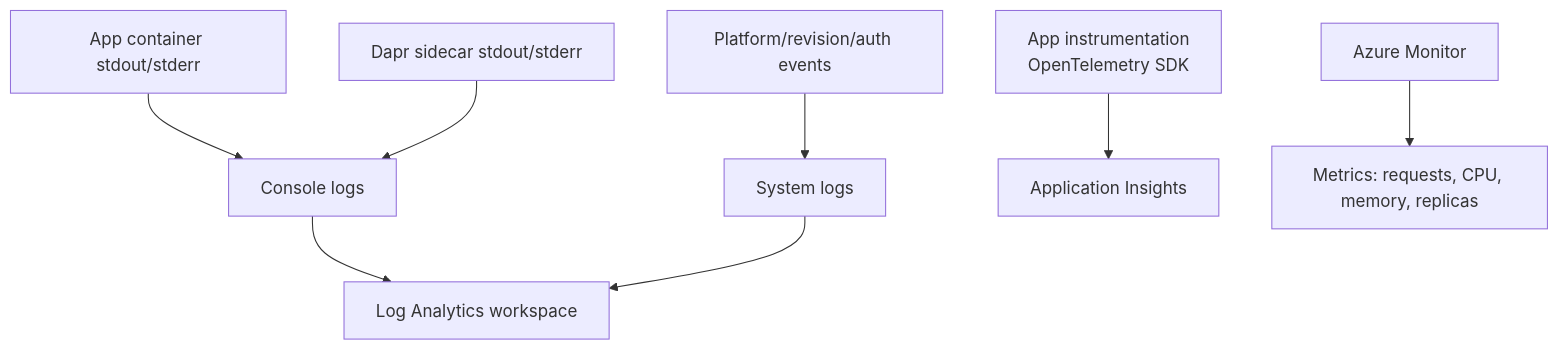
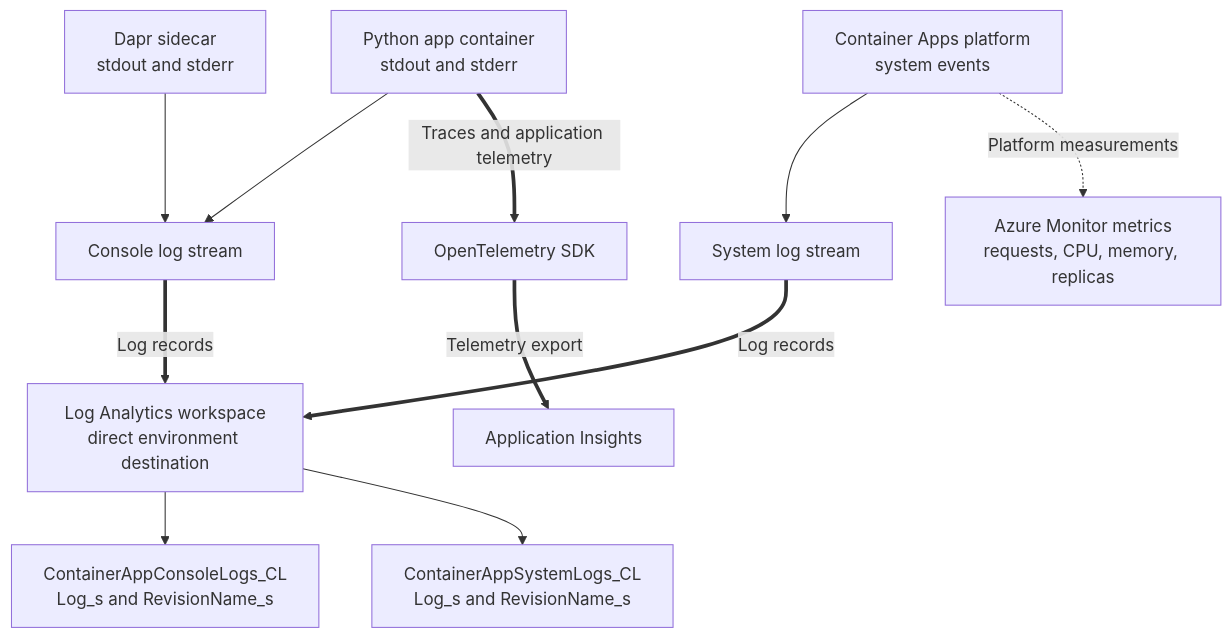
The second of 3 diagrams in docs/language-guides/python/tutorial/04-logging-monitoring.md (yeongseon/azure-container-apps-practical-guide), drawn with Mermaid before and after one commit. The commit also changed other lines of this file and 13 other files, not shown here.

Commit message:
docs(diagrams): migrate language tutorial diagrams (#632)

````diff
--- a/docs/language-guides/python/tutorial/04-logging-monitoring.md
+++ b/docs/language-guides/python/tutorial/04-logging-monitoring.md
@@ -83,10 +86,26 @@
 ```mermaid
 flowchart TD
-    APP[App container stdout/stderr] --> CONSOLE[Console logs]
-    DAPR[Dapr sidecar stdout/stderr] --> CONSOLE
-    PLATFORM[Platform/revision/auth events] --> SYSTEM[System logs]
-    CONSOLE --> LAW[Log Analytics workspace]
-    SYSTEM --> LAW
-    OTEL[App instrumentation<br/>OpenTelemetry SDK] --> AI[Application Insights]
-    AZMON[Azure Monitor] --> METRICS[Metrics: requests, CPU, memory, replicas]
+    accTitle: Logging and telemetry paths for the Python container app
+    accDescr: Console and system logs use the environment's direct Log Analytics destination and custom tables. OpenTelemetry sends application telemetry to Application Insights, while platform metrics are available through Azure Monitor.
+    APP["Python app container<br/>stdout and stderr"]
+    DAPR["Dapr sidecar<br/>stdout and stderr"]
+    PLATFORM["Container Apps platform<br/>system events"]
+    CONSOLE["Console log stream"]
+    SYSTEM["System log stream"]
+    LAW["Log Analytics workspace<br/>direct environment destination"]
+    CONSOLE_TABLE["ContainerAppConsoleLogs_CL<br/>Log_s and RevisionName_s"]
+    SYSTEM_TABLE["ContainerAppSystemLogs_CL<br/>Log_s and RevisionName_s"]
+    OTEL["OpenTelemetry SDK"]
+    AI["Application Insights"]
+    AZMON["Azure Monitor metrics<br/>requests, CPU, memory, replicas"]
+    APP --> CONSOLE
+    DAPR --> CONSOLE
+    PLATFORM --> SYSTEM
+    CONSOLE ==>|"Log records"| LAW
+    SYSTEM ==>|"Log records"| LAW
+    LAW --> CONSOLE_TABLE
+    LAW --> SYSTEM_TABLE
+    APP ==>|"Traces and application telemetry"| OTEL
+    OTEL ==>|"Telemetry export"| AI
+    PLATFORM -.->|"Platform measurements"| AZMON
 ```
````
